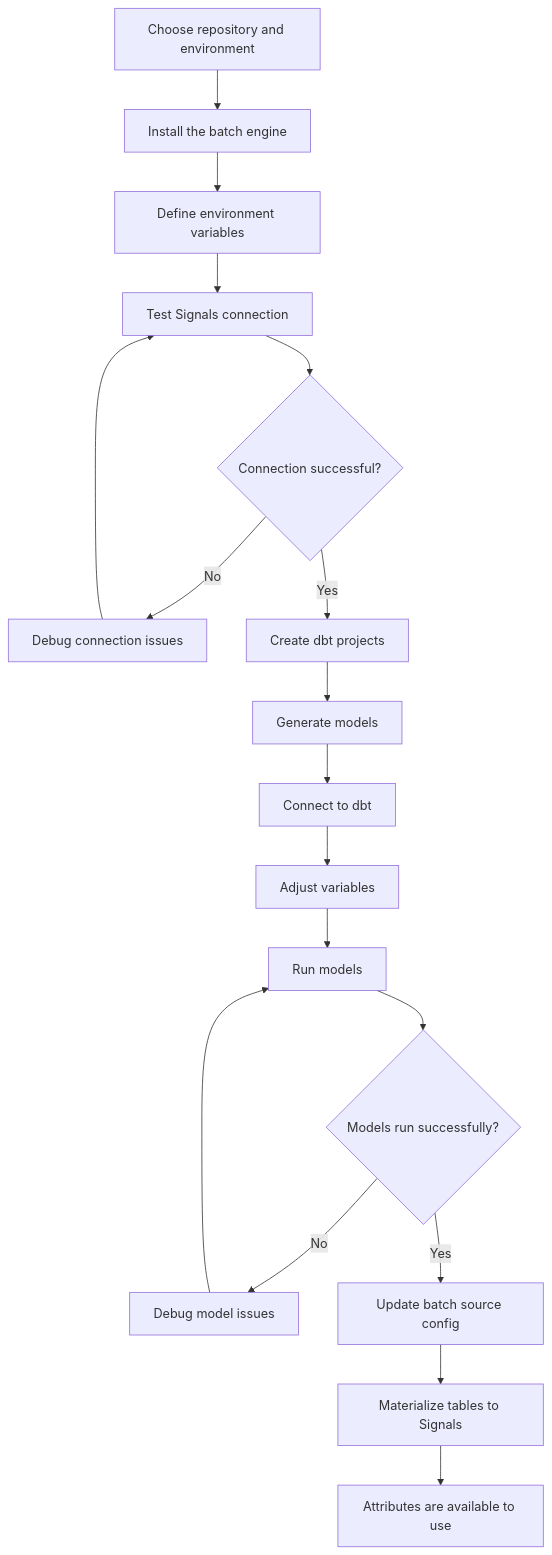
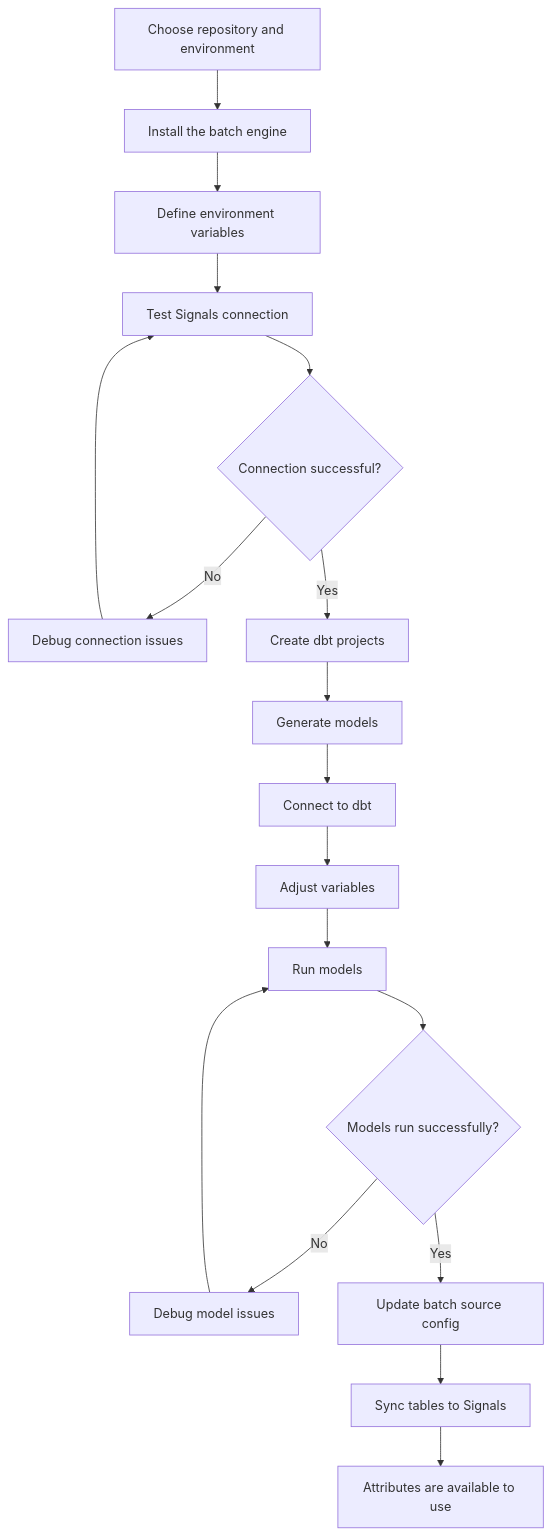
One commit to snowplow/documentation changed the diagram in docs/signals/define-attributes/using-python-sdk/batch-calculations/batch-engine/index.md. Above: the diagram before and after it, drawn with Mermaid. The commit also changed other lines of this file and 11 other files, not shown here.

````diff
--- a/docs/signals/define-attributes/using-python-sdk/batch-calculations/batch-engine/index.md
+++ b/docs/signals/define-attributes/using-python-sdk/batch-calculations/batch-engine/index.md
@@ -14,20 +14,20 @@
 ```mermaid
 flowchart TD
     A[Choose repository and environment] --> B[Install the batch engine]
     B --> C[Define environment variables]
     C --> D[Test Signals connection]
     D --> E{Connection successful?}
     E -->|No| F[Debug connection issues]
     F --> D
     E -->|Yes| G[Create dbt projects]
     G --> H[Generate models]
     H --> I[Connect to dbt]
     I --> IA[Adjust variables]
     IA --> J[Run models]
     J --> K{Models run successfully?}
     K -->|No| L[Debug model issues]
     L --> J
     K -->|Yes| M[Update batch source config]
-    M --> N[Materialize tables to Signals]
+    M --> N[Sync tables to Signals]
     N --> O[Attributes are available to use]
 ```
````
